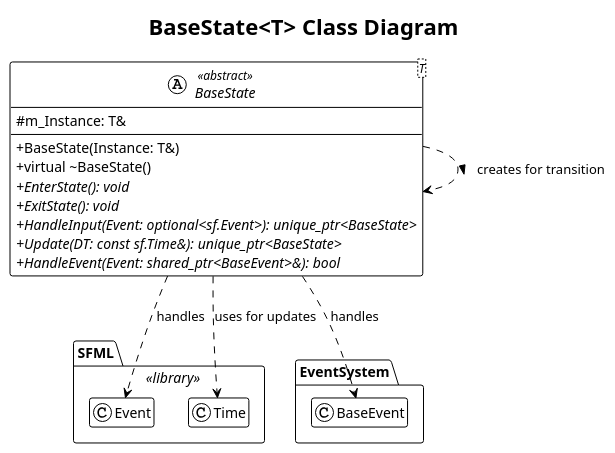
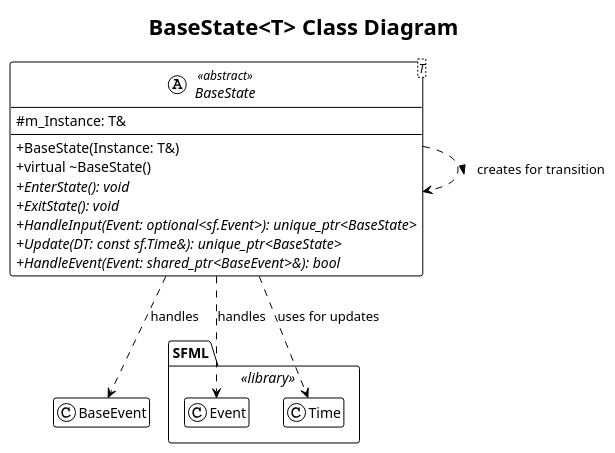
The diagram in uml/State/BaseState.puml (NgTHung/ClashOfNotelek_s), drawn with PlantUML before and after one commit. The commit also changed 21 other files, not shown here.

Commit message:
[Update] final UML

```diff
--- a/uml/State/BaseState.puml
+++ b/uml/State/BaseState.puml
@@ -1,40 +1,38 @@
 @startuml
 !theme plain
 title BaseState<T> Class Diagram
 
 ' Settings for better readability
 skinparam classAttributeIconSize 0
 hide empty members
 
 ' --- External Dependencies ---
 package SFML <<library>> {
     class Event
     class Time
 }
 
-package EventSystem {
-    class BaseEvent
-}
+class BaseEvent
 
 ' --- The Abstract BaseState Class ---
 abstract class BaseState <T> <<abstract>> {
     # m_Instance: T&
     --
     + BaseState(Instance: T&)
     + virtual ~BaseState()
     + {abstract} EnterState(): void
     + {abstract} ExitState(): void
     + {abstract} HandleInput(Event: optional<sf.Event>): unique_ptr<BaseState>
     + {abstract} Update(DT: const sf.Time&): unique_ptr<BaseState>
     + {abstract} HandleEvent(Event: shared_ptr<BaseEvent>&): bool
 }
 
 ' A state can create a new state to transition to. This is a key part of the pattern.
 BaseState ..> BaseState : creates for transition >
 
 ' Dependencies on external types
 BaseState ..> SFML.Event : handles
 BaseState ..> SFML.Time : uses for updates
 BaseState ..> BaseEvent : handles
 
 @enduml
```
